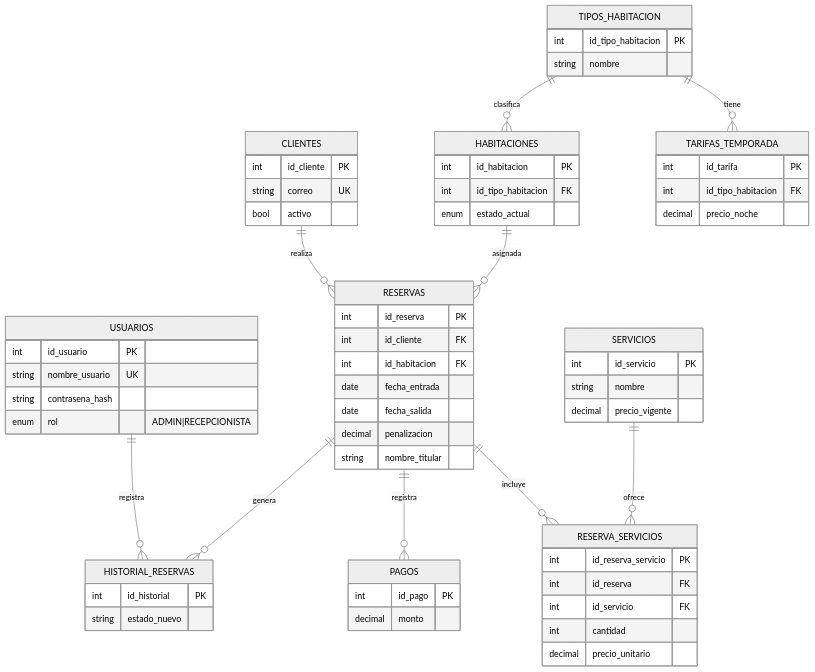
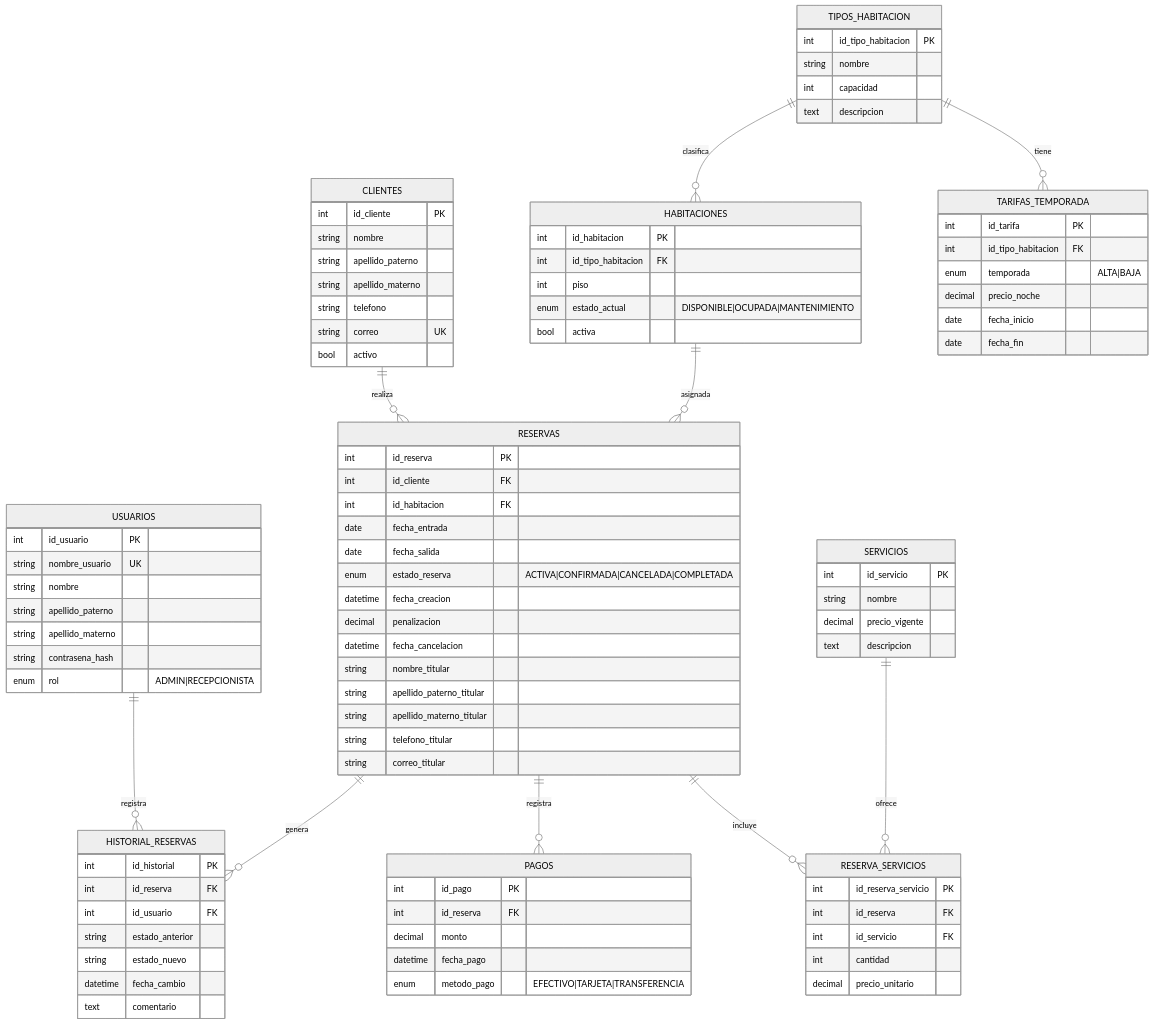
Before and after one commit to angel-monterrosas/DataBase_Proyect: the first of 2 diagrams in ER.md, drawn with Mermaid (neutral theme). The commit also changed other lines of this file, not shown here.

```diff
--- a/ER.md
+++ b/ER.md
@@ -57,11 +67,18 @@
     USUARIOS {
         int id_usuario PK
         string nombre_usuario UK
+        string nombre
+        string apellido_paterno
+        string apellido_materno
         string contrasena_hash
         enum rol "ADMIN|RECEPCIONISTA"
     }
     CLIENTES {
         int id_cliente PK
+        string nombre
+        string apellido_paterno
+        string apellido_materno
+        string telefono
         string correo UK
         bool activo
     }
@@ -71,27 +88,42 @@
         int id_habitacion FK
         date fecha_entrada
         date fecha_salida
+        enum estado_reserva "ACTIVA|CONFIRMADA|CANCELADA|COMPLETADA"
+        datetime fecha_creacion
         decimal penalizacion
+        datetime fecha_cancelacion
         string nombre_titular
+        string apellido_paterno_titular
+        string apellido_materno_titular
+        string telefono_titular
+        string correo_titular
     }
     TIPOS_HABITACION {
         int id_tipo_habitacion PK
         string nombre
+        int capacidad
+        text descripcion
     }
     TARIFAS_TEMPORADA {
         int id_tarifa PK
         int id_tipo_habitacion FK
+        enum temporada "ALTA|BAJA"
         decimal precio_noche
+        date fecha_inicio
+        date fecha_fin
     }
     HABITACIONES {
         int id_habitacion PK
         int id_tipo_habitacion FK
-        enum estado_actual
+        int piso
+        enum estado_actual "DISPONIBLE|OCUPADA|MANTENIMIENTO"
+        bool activa
     }
     SERVICIOS {
         int id_servicio PK
         string nombre
         decimal precio_vigente
+        text descripcion
     }
     RESERVA_SERVICIOS {
         int id_reserva_servicio PK
@@ -102,11 +134,19 @@
     }
     PAGOS {
         int id_pago PK
+        int id_reserva FK
         decimal monto
+        datetime fecha_pago
+        enum metodo_pago "EFECTIVO|TARJETA|TRANSFERENCIA"
     }
     HISTORIAL_RESERVAS {
         int id_historial PK
+        int id_reserva FK
+        int id_usuario FK
+        string estado_anterior
         string estado_nuevo
+        datetime fecha_cambio
+        text comentario
     }
 
     USUARIOS ||--o{ HISTORIAL_RESERVAS : "registra"
```
